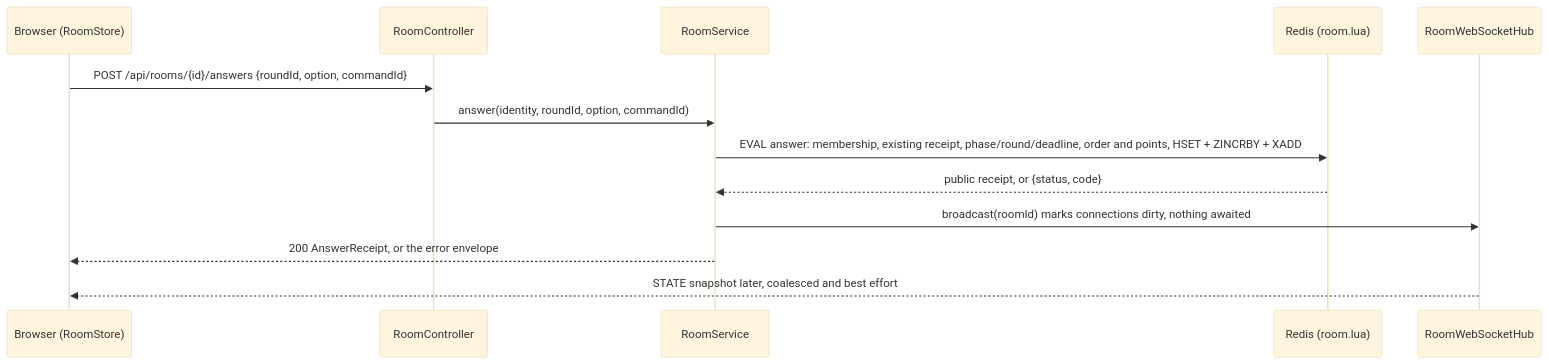
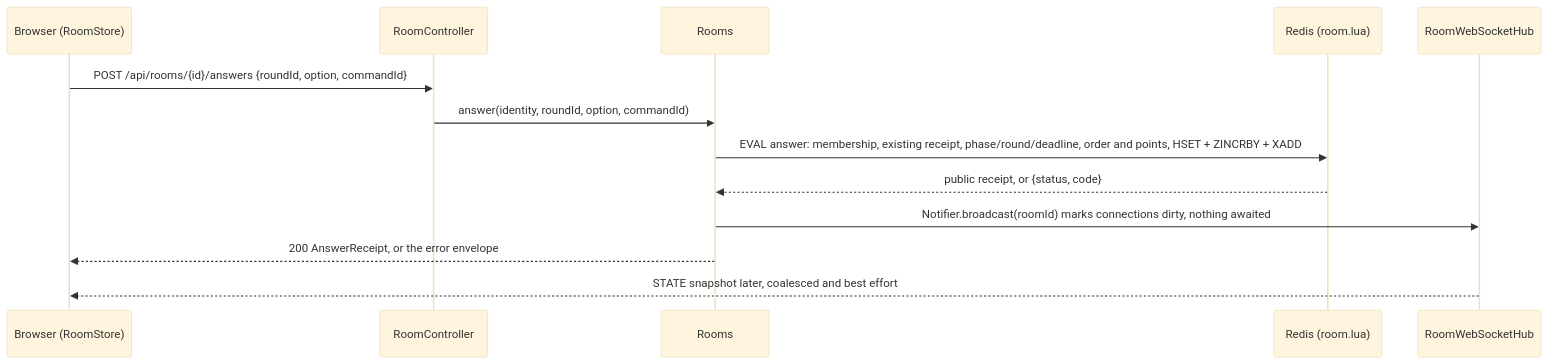
The diagram in docs/architecture/backend.md (tungnguyenitvn/kahoot), drawn with Mermaid (base theme) before and after one commit. The commit also changed other lines of this file and 28 other files, not shown here.

```diff
--- a/docs/architecture/backend.md
+++ b/docs/architecture/backend.md
@@ -284,15 +289,15 @@
 ~~~mermaid
 sequenceDiagram
   participant B as Browser (RoomStore)
   participant C as RoomController
-  participant S as RoomService
+  participant S as Rooms
   participant R as Redis (room.lua)
   participant H as RoomWebSocketHub
   B->>C: POST /api/rooms/{id}/answers {roundId, option, commandId}
   C->>S: answer(identity, roundId, option, commandId)
   S->>R: EVAL answer: membership, existing receipt, phase/round/deadline, order and points, HSET + ZINCRBY + XADD
   R-->>S: public receipt, or {status, code}
-  S->>H: broadcast(roomId) marks connections dirty, nothing awaited
+  S->>H: Notifier.broadcast(roomId) marks connections dirty, nothing awaited
   S-->>B: 200 AnswerReceipt, or the error envelope
   H-->>B: STATE snapshot later, coalesced and best effort
 ~~~
```
